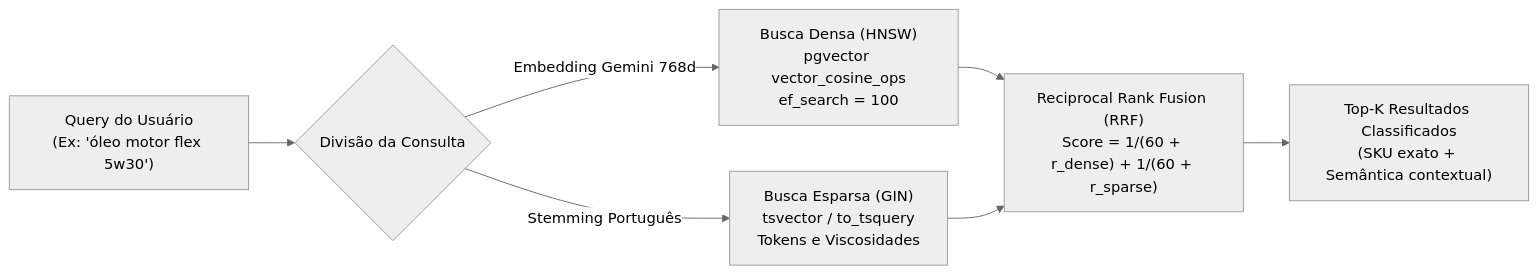
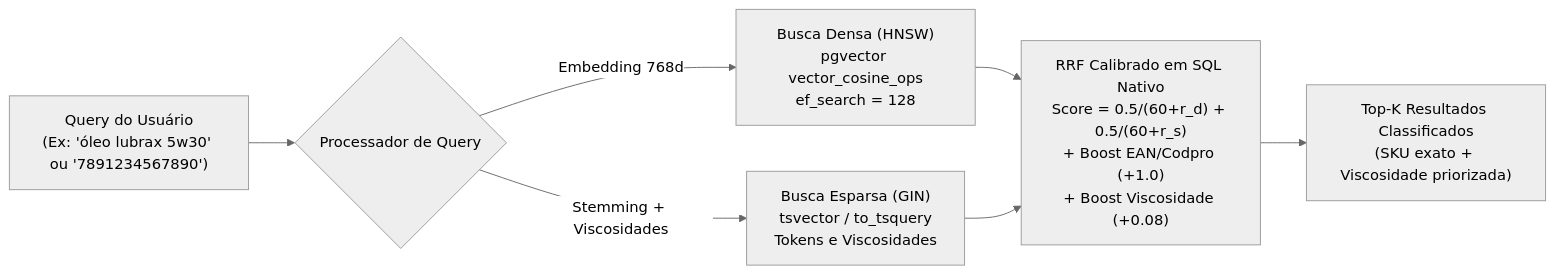
One commit to marlonhms/IA-Local changed the fourth of 6 diagrams in README.md. Above: the diagram before and after it, drawn with Mermaid (neutral theme). The commit also changed other lines of this file and 7 other files, not shown here.

````diff
--- a/README.md
+++ b/README.md
@@ -182,12 +210,12 @@
 ```mermaid
 flowchart LR
-    Q["Query do Usuário\n(Ex: 'óleo motor flex 5w30')"] --> SPLIT{"Divisão da Consulta"}
+    Q["Query do Usuário\n(Ex: 'óleo lubrax 5w30' ou '7891234567890')"] --> SPLIT{"Processador de Query"}
     
-    SPLIT -->|Embedding Gemini 768d| DENSE["Busca Densa (HNSW)\npgvector vector_cosine_ops\nef_search = 100"]
-    SPLIT -->|Stemming Português| SPARSE["Busca Esparsa (GIN)\ntsvector / to_tsquery\nTokens e Viscosidades"]
+    SPLIT -->|Embedding 768d| DENSE["Busca Densa (HNSW)\npgvector vector_cosine_ops\nef_search = 128"]
+    SPLIT -->|Stemming + Viscosidades| SPARSE["Busca Esparsa (GIN)\ntsvector / to_tsquery\nTokens e Viscosidades"]
     
-    DENSE --> RRF["Reciprocal Rank Fusion (RRF)\nScore = 1/(60 + r_dense) + 1/(60 + r_sparse)"]
+    DENSE --> RRF["RRF Calibrado em SQL Nativo\nScore = 0.5/(60+r_d) + 0.5/(60+r_s)\n+ Boost EAN/Codpro (+1.0)\n+ Boost Viscosidade (+0.08)"]
     SPARSE --> RRF
     
-    RRF --> RES["Top-K Resultados Classificados\n(SKU exato + Semântica contextual)"]
+    RRF --> RES["Top-K Resultados Classificados\n(SKU exato + Viscosidade priorizada)"]
 ```
````
